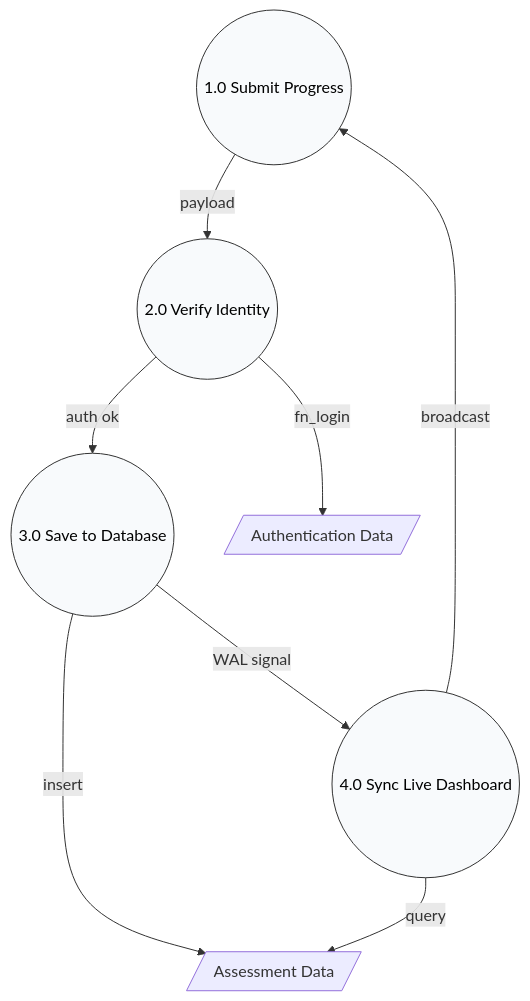
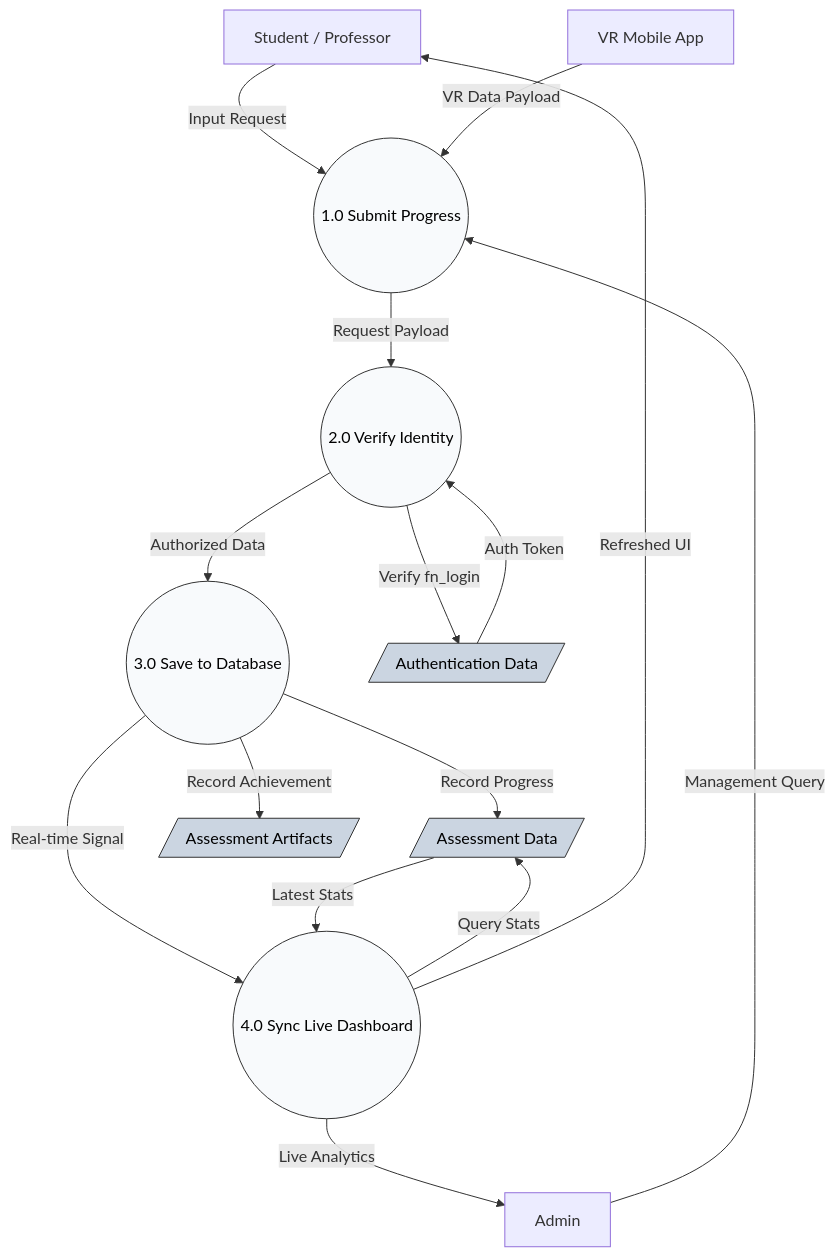
The third of 6 diagrams in README.md (whayneGrageda/VR_Nationalian), drawn with Mermaid before and after one commit. The commit also changed other lines of this file, not shown here.

````diff
--- a/README.md
+++ b/README.md
@@ -182,23 +182,48 @@
 ```mermaid
 graph TD
+    %% External Entities
+    S[Student / Professor]
+    A[Admin]
+    VR[VR Mobile App]
+
+    %% Processes
     P1((1.0 Submit Progress))
     P2((2.0 Verify Identity))
     P3((3.0 Save to Database))
     P4((4.0 Sync Live Dashboard))
 
+    %% Data Stores
     D1[/Authentication Data/]
     D2[/Assessment Data/]
+    D3[/Assessment Artifacts/]
 
-    P1 -- payload --> P2
-    P2 -- fn_login --> D1
-    P2 -- auth ok --> P3
-    P3 -- insert --> D2
-    P3 -- WAL signal --> P4
-    P4 -- query --> D2
-    P4 -- broadcast --> P1
+    %% Flows from Entities
+    S -- "Input Request" --> P1
+    VR -- "VR Data Payload" --> P1
+    A -- "Management Query" --> P1
 
+    %% Internal Flows
+    P1 -- "Request Payload" --> P2
+    P2 -- "Verify fn_login" --> D1
+    D1 -- "Auth Token" --> P2
+    P2 -- "Authorized Data" --> P3
+    P3 -- "Record Progress" --> D2
+    P3 -- "Record Achievement" --> D3
+    
+    P3 -- "Real-time Signal" --> P4
+    P4 -- "Query Stats" --> D2
+    D2 -- "Latest Stats" --> P4
+    
+    %% Outputs
+    P4 -- "Refreshed UI" --> S
+    P4 -- "Live Analytics" --> A
+
+    %% Styling for Black Text
     style P1 fill:#f8fafc,stroke:#333,color:#000
     style P2 fill:#f8fafc,stroke:#333,color:#000
     style P3 fill:#f8fafc,stroke:#333,color:#000
     style P4 fill:#f8fafc,stroke:#333,color:#000
+    style D1 fill:#cbd5e1,stroke:#333,color:#000
+    style D2 fill:#cbd5e1,stroke:#333,color:#000
+    style D3 fill:#cbd5e1,stroke:#333,color:#000
 ```
````
